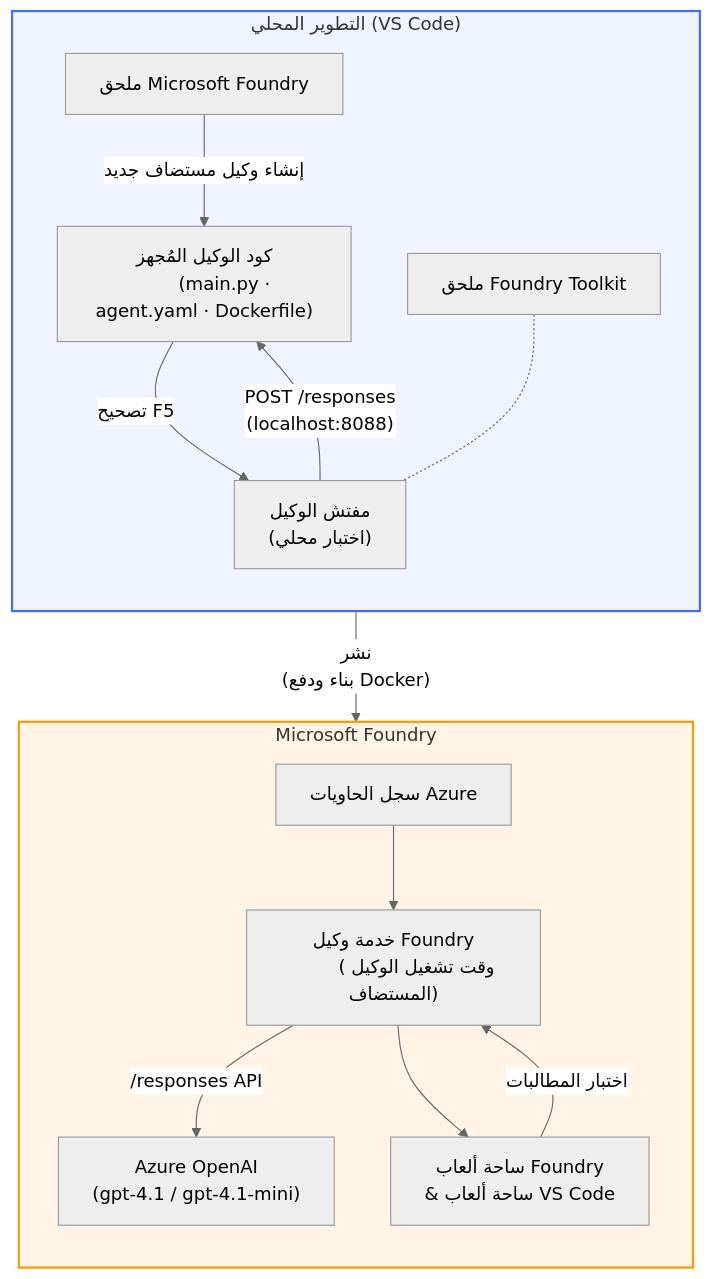
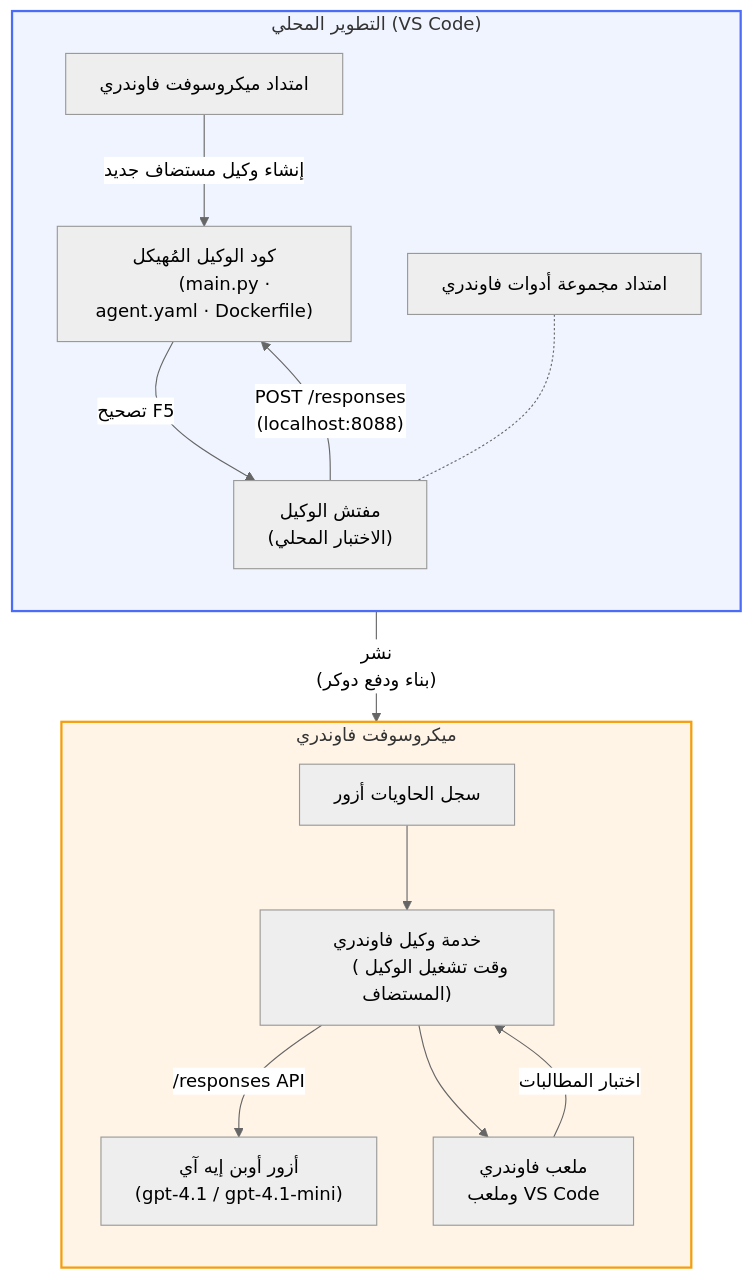
The diagram in translations/ar/README.md (microsoft-foundry/Foundry_Toolkit_for_VSCode_Lab), drawn with Mermaid (neutral theme) before and after one commit. The commit also changed other lines of this file and 110 other files, not shown here.

````diff
--- a/translations/ar/README.md
+++ b/translations/ar/README.md
@@ -48,38 +52,38 @@
 ```mermaid
 flowchart TB
     subgraph Local["التطوير المحلي (VS Code)"]
         direction TB
-        FE["ملحق Microsoft Foundry"]
-        FoundryToolkit["ملحق Foundry Toolkit"]
-        Scaffold["كود الوكيل المُجهز
+        FE["امتداد ميكروسوفت فاوندري"]
+        FoundryToolkit["امتداد مجموعة أدوات فاوندري"]
+        Scaffold["كود الوكيل المُهيكل
         (main.py · agent.yaml · Dockerfile)"]
         Inspector["مفتش الوكيل
-        (اختبار محلي)"]
+        (الاختبار المحلي)"]
         FE -- "إنشاء وكيل مستضاف جديد" --> Scaffold
         Scaffold -- "تصحيح F5" --> Inspector
         FoundryToolkit -.- Inspector
     end
 
-    subgraph Cloud["Microsoft Foundry"]
+    subgraph Cloud["ميكروسوفت فاوندري"]
         direction TB
-        ACR["سجل الحاويات Azure"]
-        AgentService["خدمة وكيل Foundry
+        ACR["سجل الحاويات أزور"]
+        AgentService["خدمة وكيل فاوندري
         (وقت تشغيل الوكيل المستضاف)"]
-        Model["Azure OpenAI
+        Model["أزور أوبن إيه آي
         (gpt-4.1 / gpt-4.1-mini)"]
-        Playground["ساحة ألعاب Foundry
-        & ساحة ألعاب VS Code"]
+        Playground["ملعب فاوندري
+        وملعب VS Code"]
         ACR --> AgentService
         AgentService -- "/responses API" --> Model
         AgentService --> Playground
     end
 
     Scaffold -- "نشر
-    (بناء ودفع Docker)" --> ACR
+    (بناء ودفع دوكر)" --> ACR
     Inspector -- "POST /responses
     (localhost:8088)" --> Scaffold
     Playground -- "اختبار المطالبات" --> AgentService
 
     style Local fill:#f0f4ff,stroke:#4a6cf7,stroke-width:2px
     style Cloud fill:#fff4e6,stroke:#f59e0b,stroke-width:2px
 ```
````
